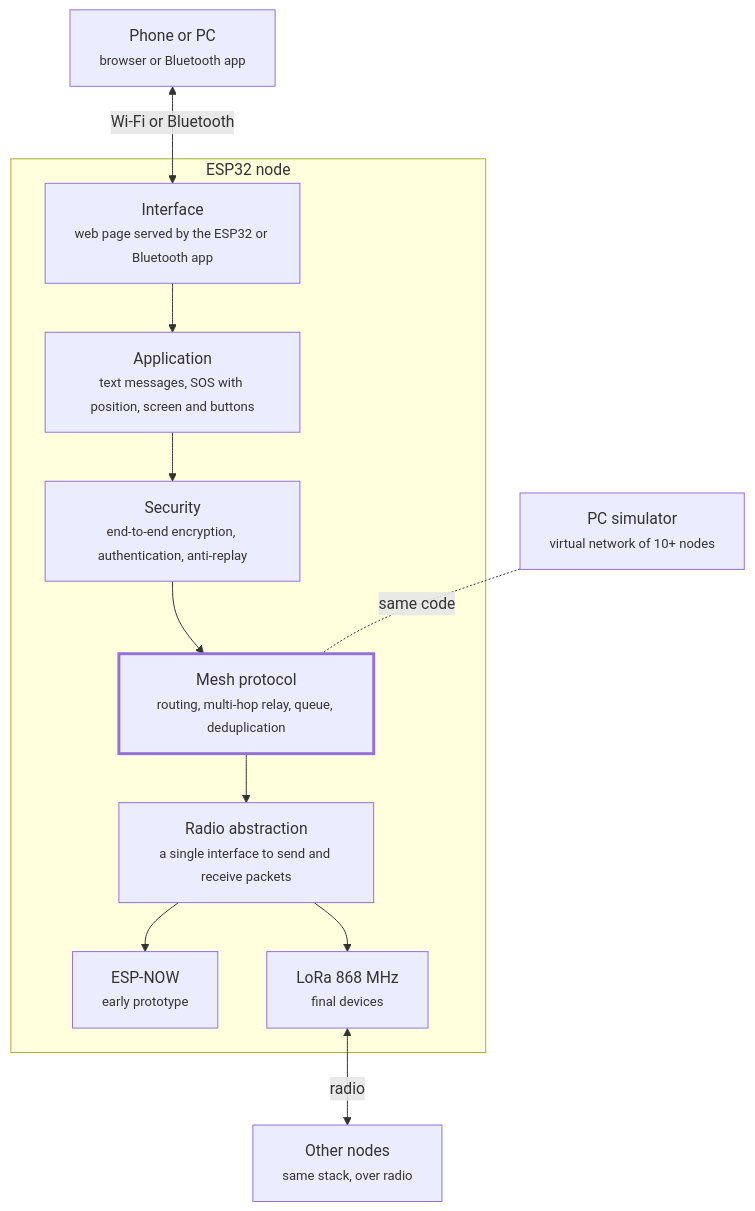
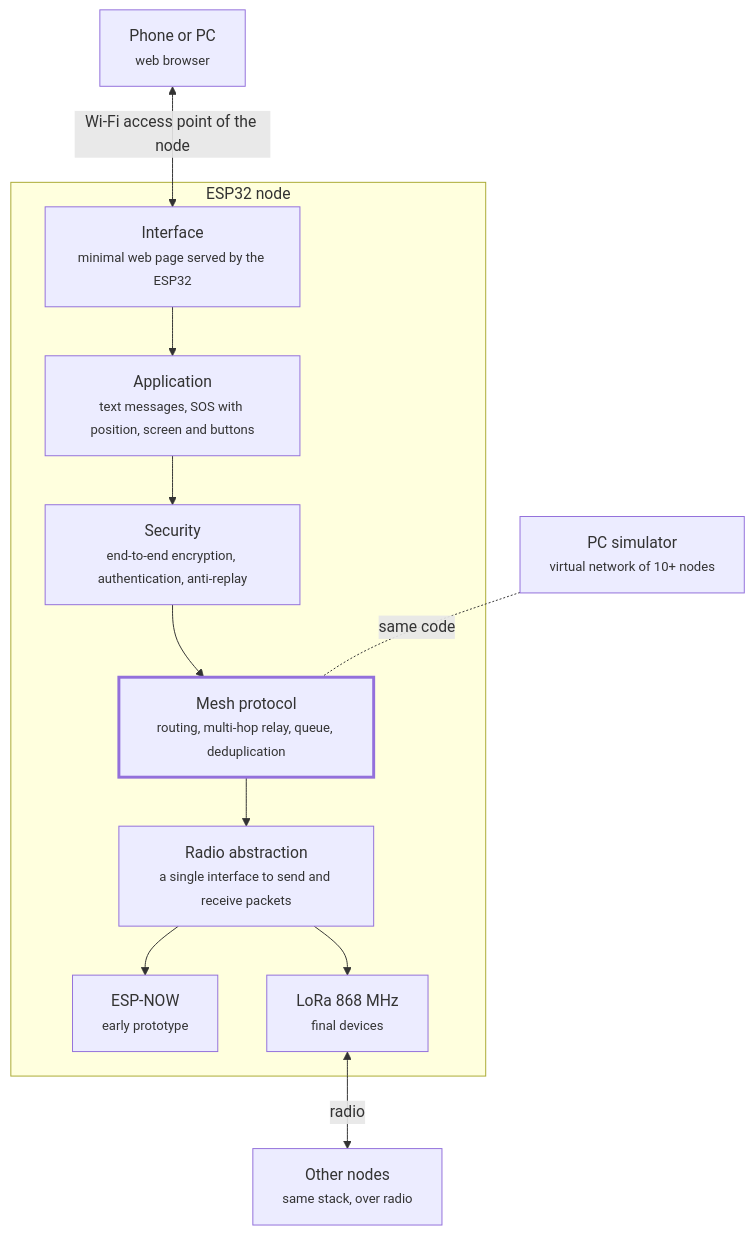
Before and after one commit to emptydeepblue/42-open-project: the first of 2 diagrams in docs/specification.md, drawn with Mermaid. The commit also changed other lines of this file and 2 other files, not shown here.

First line of the commit message:
docs(spec): assign roles and drop separate interface role

````diff
--- a/docs/specification.md
+++ b/docs/specification.md
@@ -39,27 +39,27 @@
 ```mermaid
 flowchart TB
-    PHONE["Phone or PC<br/><small>browser or Bluetooth app</small>"]
+    PHONE["Phone or PC<br/><small>web browser</small>"]
 
     subgraph NODE["ESP32 node"]
-        UI["Interface<br/><small>web page served by the ESP32 or Bluetooth app</small>"]
+        UI["Interface<br/><small>minimal web page served by the ESP32</small>"]
         APP["Application<br/><small>text messages, SOS with position, screen and buttons</small>"]
         SEC["Security<br/><small>end-to-end encryption, authentication, anti-replay</small>"]
         MESH["Mesh protocol<br/><small>routing, multi-hop relay, queue, deduplication</small>"]
         RADIO["Radio abstraction<br/><small>a single interface to send and receive packets</small>"]
         ESPNOW["ESP-NOW<br/><small>early prototype</small>"]
         LORA["LoRa 868 MHz<br/><small>final devices</small>"]
 
         UI --> APP --> SEC --> MESH --> RADIO
         RADIO --> ESPNOW
         RADIO --> LORA
     end
 
     SIM["PC simulator<br/><small>virtual network of 10+ nodes</small>"]
     OTHERS["Other nodes<br/><small>same stack, over radio</small>"]
 
-    PHONE <-->|Wi-Fi or Bluetooth| UI
+    PHONE <-->|Wi-Fi access point of the node| UI
     SIM -.-|same code| MESH
     LORA <-->|radio| OTHERS
 
     style MESH stroke-width:3px
 ```
````
